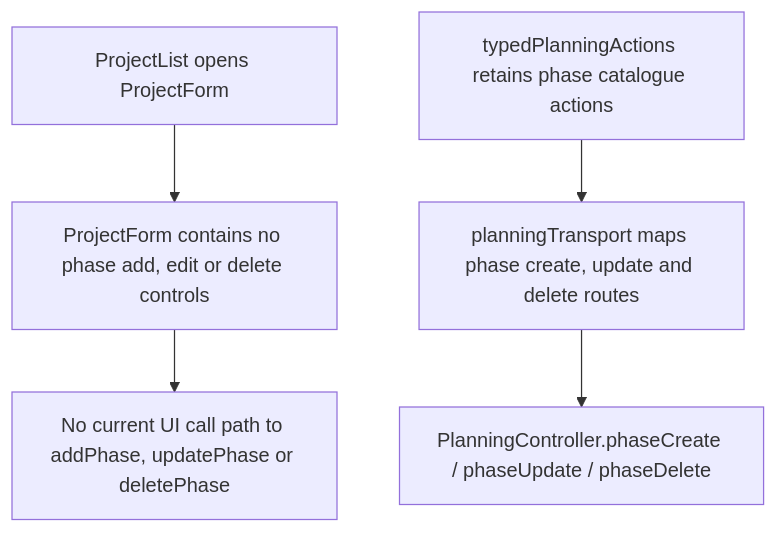
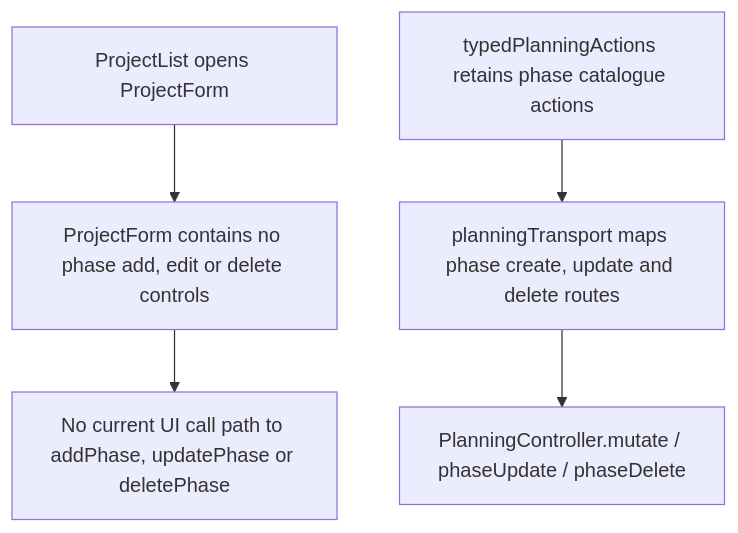
The second of 2 diagrams in user-stories/projects/US-PRJ-04-manage-phases.md (Kevinjohn/capacitylens), drawn with Mermaid before and after one commit. The commit also changed 115 other files, not shown here.

````diff
--- a/user-stories/projects/US-PRJ-04-manage-phases.md
+++ b/user-stories/projects/US-PRJ-04-manage-phases.md
@@ -35,7 +35,7 @@
 ```mermaid
 flowchart TD
   A["ProjectList opens ProjectForm"] --> B["ProjectForm contains no phase add, edit or delete controls"]
   B --> C["No current UI call path to addPhase, updatePhase or deletePhase"]
   D["typedPlanningActions retains phase catalogue actions"] --> E["planningTransport maps phase create, update and delete routes"]
-  E --> F["PlanningController.phaseCreate / phaseUpdate / phaseDelete"]
+  E --> F["PlanningController.mutate / phaseUpdate / phaseDelete"]
 ```
````
